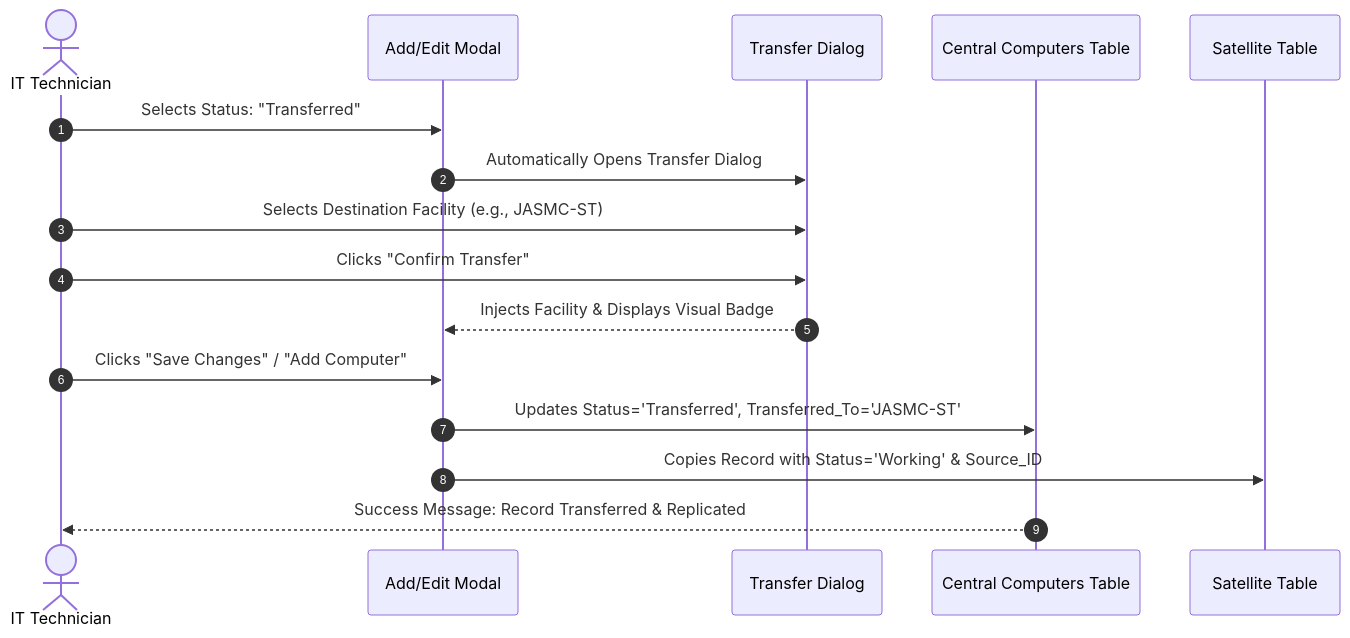
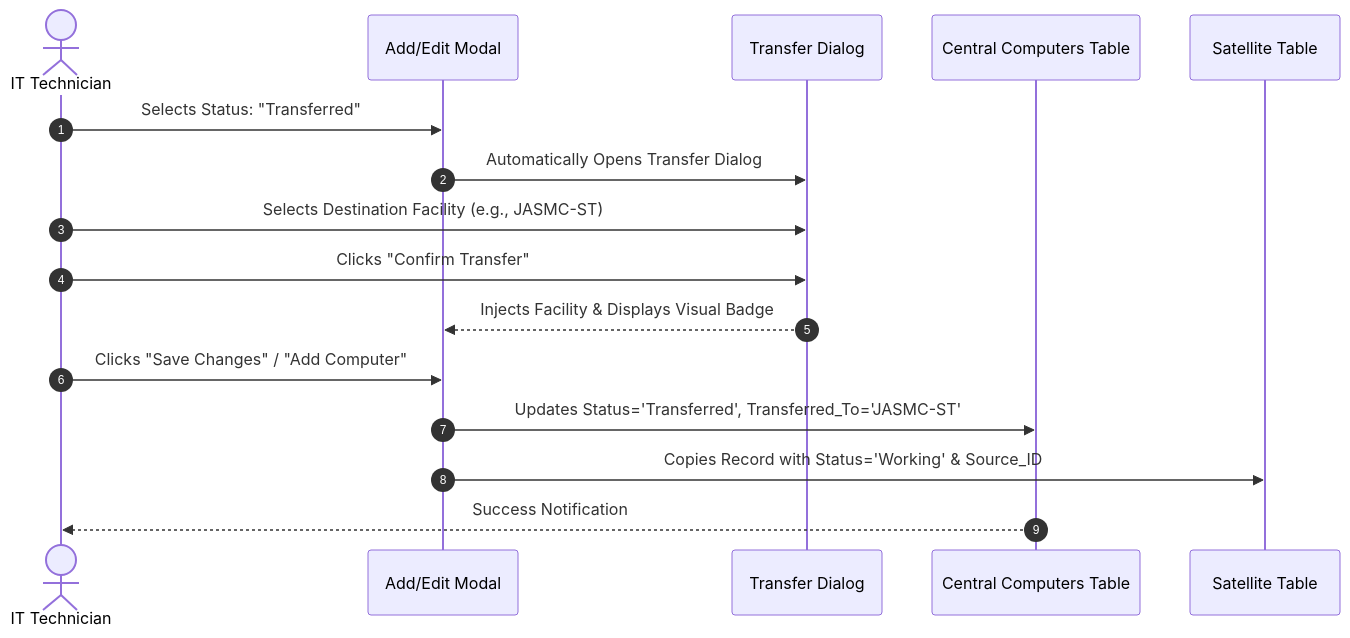
Before and after one commit to brocabo18/HSNM: the second of 3 diagrams in USER_MANUAL.md, drawn with Mermaid. The commit also changed other lines of this file and 4 other files, not shown here.

````diff
--- a/USER_MANUAL.md
+++ b/USER_MANUAL.md
@@ -134,19 +146,19 @@
 ```mermaid
 sequenceDiagram
     autonumber
     actor Tech as IT Technician
     participant Modal as Add/Edit Modal
     participant Dialog as Transfer Dialog
     participant CentralDB as Central Computers Table
     participant SatDB as Satellite Table
 
     Tech->>Modal: Selects Status: "Transferred"
     Modal->>Dialog: Automatically Opens Transfer Dialog
     Tech->>Dialog: Selects Destination Facility (e.g., JASMC-ST)
     Tech->>Dialog: Clicks "Confirm Transfer"
     Dialog-->>Modal: Injects Facility & Displays Visual Badge
     Tech->>Modal: Clicks "Save Changes" / "Add Computer"
     Modal->>CentralDB: Updates Status='Transferred', Transferred_To='JASMC-ST'
     Modal->>SatDB: Copies Record with Status='Working' & Source_ID
-    CentralDB-->>Tech: Success Message: Record Transferred & Replicated
+    CentralDB-->>Tech: Success Notification
 ```
````
